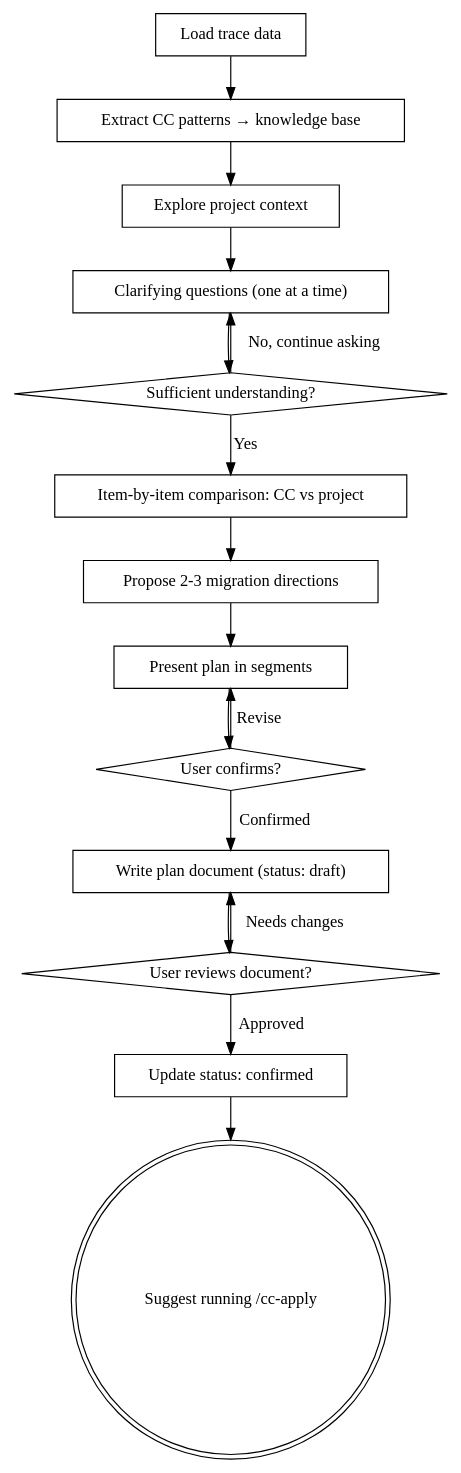
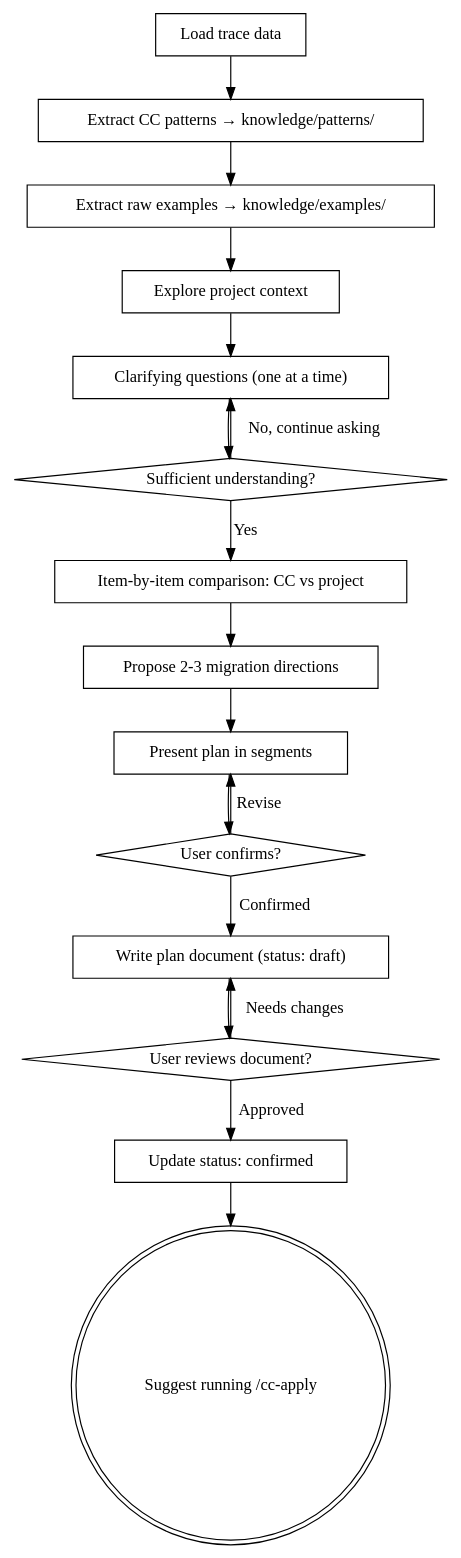
One commit to claude89757/claude-code-context-skills changed the diagram in skills/cc-learn/SKILL.md. Above: the diagram before and after it, drawn with Graphviz. The commit also changed other lines of this file and 6 other files, not shown here.

````diff
--- a/skills/cc-learn/SKILL.md
+++ b/skills/cc-learn/SKILL.md
@@ -32,33 +33,35 @@
 ```dot
 digraph cc_learn {
     "Load trace data" [shape=box];
-    "Extract CC patterns → knowledge base" [shape=box];
+    "Extract CC patterns → knowledge/patterns/" [shape=box];
+    "Extract raw examples → knowledge/examples/" [shape=box];
     "Explore project context" [shape=box];
     "Clarifying questions (one at a time)" [shape=box];
     "Sufficient understanding?" [shape=diamond];
     "Item-by-item comparison: CC vs project" [shape=box];
     "Propose 2-3 migration directions" [shape=box];
     "Present plan in segments" [shape=box];
     "User confirms?" [shape=diamond];
     "Write plan document (status: draft)" [shape=box];
     "User reviews document?" [shape=diamond];
     "Update status: confirmed" [shape=box];
     "Suggest running /cc-apply" [shape=doublecircle];
 
-    "Load trace data" -> "Extract CC patterns → knowledge base";
-    "Extract CC patterns → knowledge base" -> "Explore project context";
+    "Load trace data" -> "Extract CC patterns → knowledge/patterns/";
+    "Extract CC patterns → knowledge/patterns/" -> "Extract raw examples → knowledge/examples/";
+    "Extract raw examples → knowledge/examples/" -> "Explore project context";
     "Explore project context" -> "Clarifying questions (one at a time)";
     "Clarifying questions (one at a time)" -> "Sufficient understanding?";
     "Sufficient understanding?" -> "Clarifying questions (one at a time)" [label="No, continue asking"];
     "Sufficient understanding?" -> "Item-by-item comparison: CC vs project" [label="Yes"];
     "Item-by-item comparison: CC vs project" -> "Propose 2-3 migration directions";
     "Propose 2-3 migration directions" -> "Present plan in segments";
     "Present plan in segments" -> "User confirms?";
     "User confirms?" -> "Present plan in segments" [label="Revise"];
     "User confirms?" -> "Write plan document (status: draft)" [label="Confirmed"];
     "Write plan document (status: draft)" -> "User reviews document?";
     "User reviews document?" -> "Write plan document (status: draft)" [label="Needs changes"];
     "User reviews document?" -> "Update status: confirmed" [label="Approved"];
     "Update status: confirmed" -> "Suggest running /cc-apply";
 }
 ```
````
